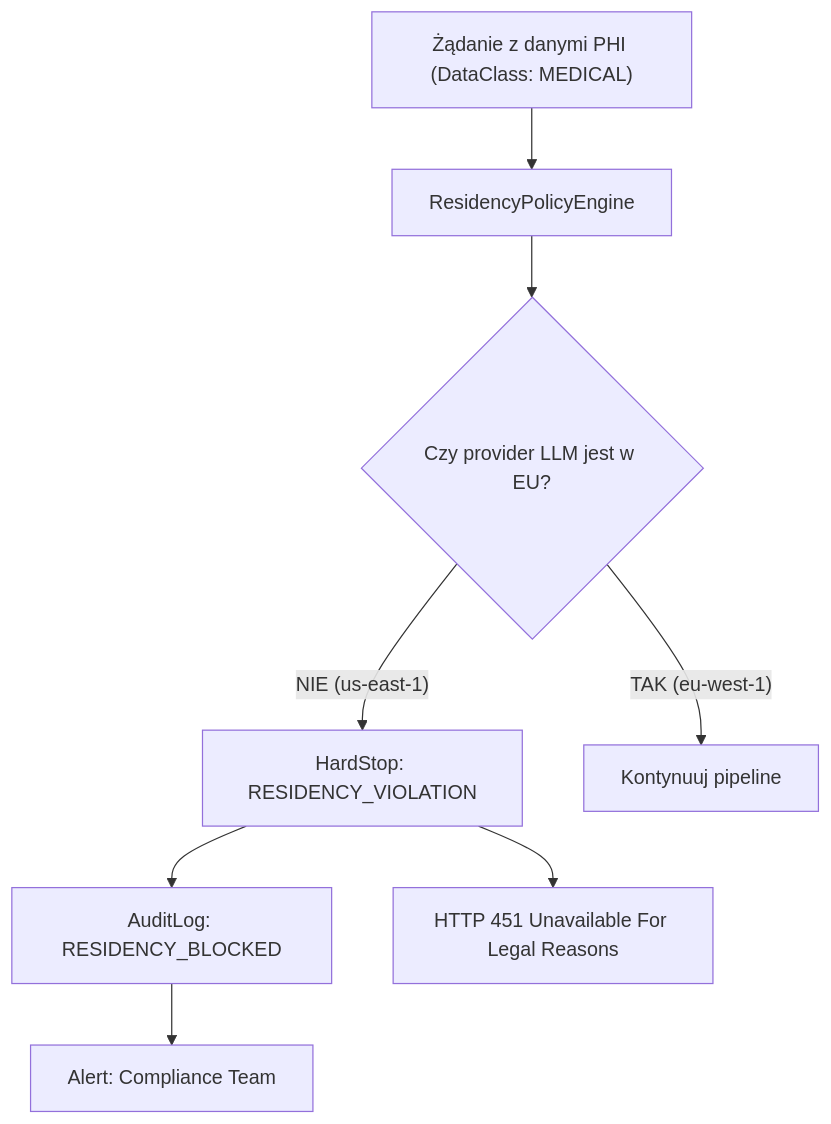
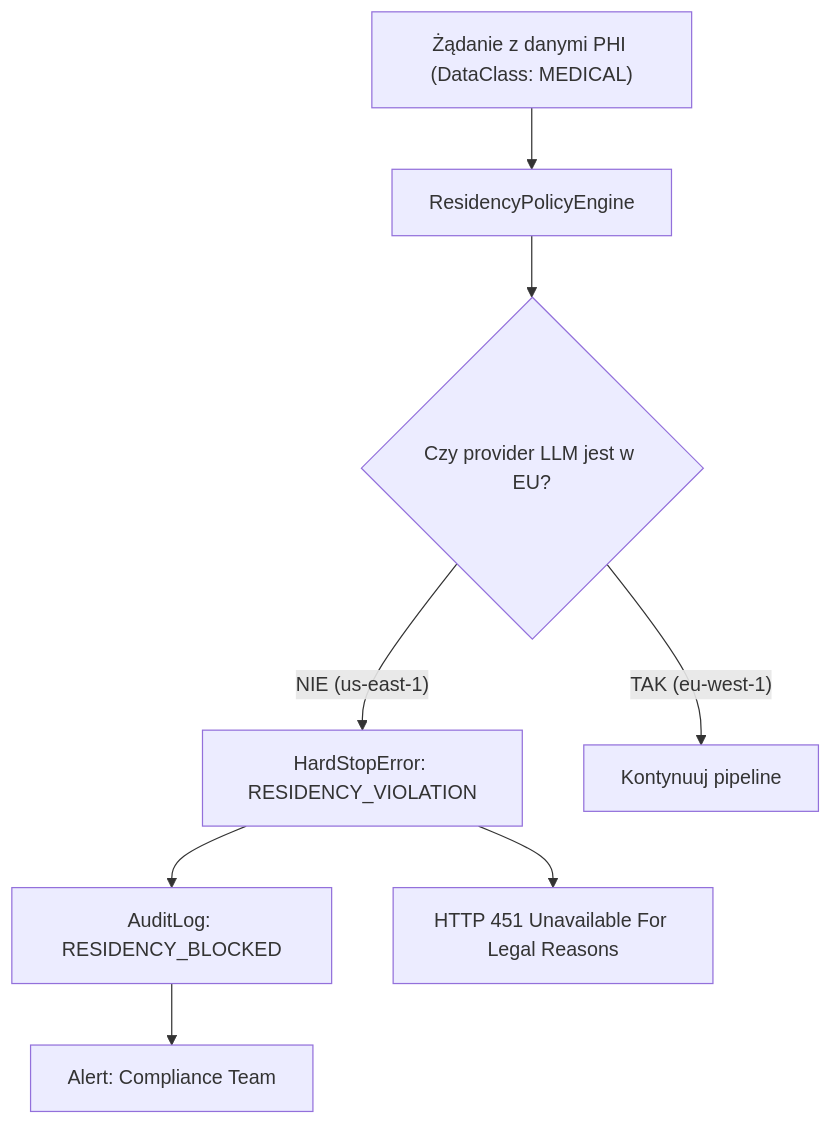
Before and after one commit to gniewekk/Privacy-Preserving-Context-Pipeline-for-LLMs-DP: the tenth of 14 diagrams in ARCHITECTURE.md, drawn with Mermaid. The commit also changed other lines of this file and 30 other files, not shown here.

````diff
--- a/ARCHITECTURE.md
+++ b/ARCHITECTURE.md
@@ -560,10 +560,10 @@
 ```mermaid
 flowchart TD
     A["Żądanie z danymi PHI (DataClass: MEDICAL)"] --> B
     B["ResidencyPolicyEngine"] --> C{Czy provider LLM jest w EU?}
-    C -->|"NIE (us-east-1)"| D["HardStop: RESIDENCY_VIOLATION"]
+    C -->|"NIE (us-east-1)"| D["HardStopError: RESIDENCY_VIOLATION"]
     C -->|"TAK (eu-west-1)"| E["Kontynuuj pipeline"]
     D --> F["AuditLog: RESIDENCY_BLOCKED"]
     D --> G["HTTP 451 Unavailable For Legal Reasons"]
     F --> H["Alert: Compliance Team"]
 ```
````
